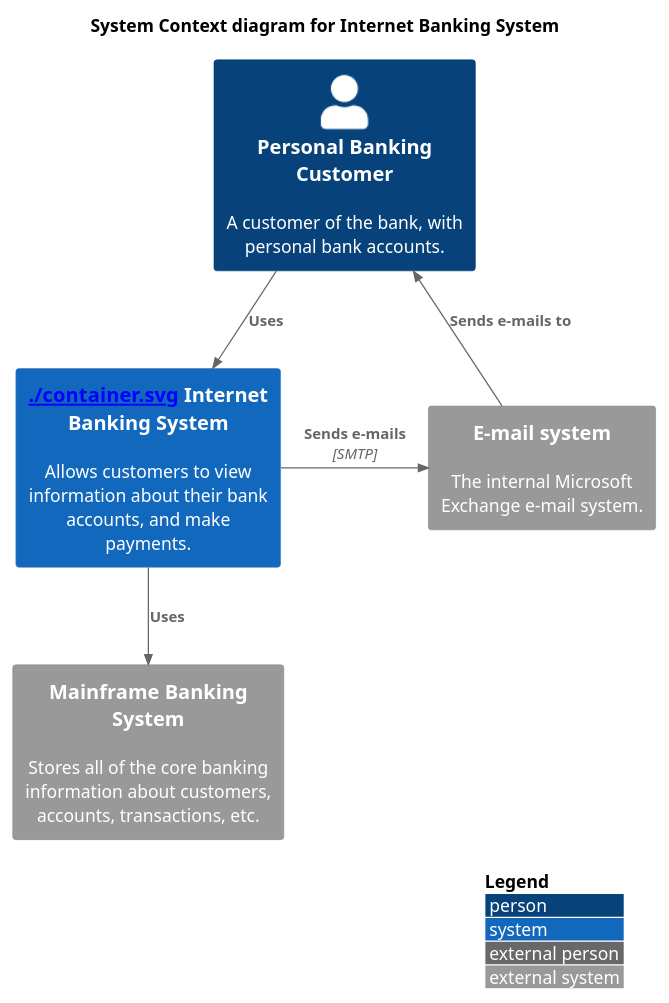
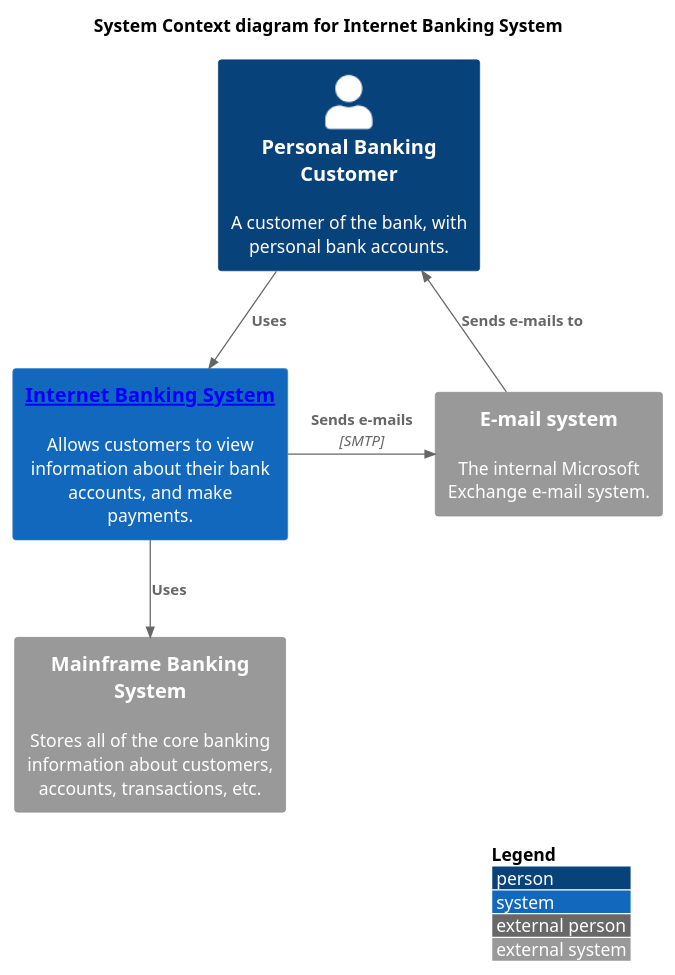
One commit to christopher-bimson/ArchitectureDocumentationDemo changed the diagram in .diagrams/context.puml. Above: the diagram before and after it, drawn with PlantUML.

Commit message:
Linking would work, if I used it correctly.

```diff
--- a/.diagrams/context.puml
+++ b/.diagrams/context.puml
@@ -3,21 +3,21 @@
 @startuml
     !include https://raw.githubusercontent.com/plantuml-stdlib/C4-PlantUML/master/C4_Context.puml
 
     ' uncomment the following line and comment the first to use locally
     ' !include C4_Context.puml
 
     LAYOUT_WITH_LEGEND()
 
     title System Context diagram for Internet Banking System
 
     Person(customer, "Personal Banking Customer", "A customer of the bank, with personal bank accounts.")
-    System(banking_system, "[[./container.svg]] Internet Banking System", "Allows customers to view information about their bank accounts, and make payments.")
+    System(banking_system, "[[./container.svg Internet Banking System]]", "Allows customers to view information about their bank accounts, and make payments.")
 
     System_Ext(mail_system, "E-mail system", "The internal Microsoft Exchange e-mail system.")
     System_Ext(mainframe, "Mainframe Banking System", "Stores all of the core banking information about customers, accounts, transactions, etc.")
 
     Rel(customer, banking_system, "Uses")
     Rel_Back(customer, mail_system, "Sends e-mails to")
     Rel_Neighbor(banking_system, mail_system, "Sends e-mails", "SMTP")
     Rel(banking_system, mainframe, "Uses")
 @enduml
```
